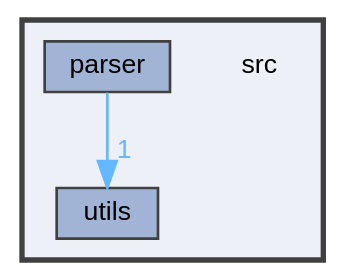
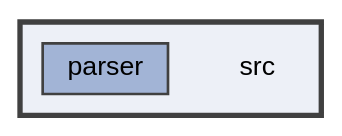
Before and after one commit to kejunp/kejunp.github.io: the diagram in pebbl/docs/dir_68267d1309a1af8e8297ef4c3efbcdba_dep.dot, drawn with Graphviz. The commit also changed 37 other files, not shown here.

```diff
--- a/pebbl/docs/dir_68267d1309a1af8e8297ef4c3efbcdba_dep.dot
+++ b/pebbl/docs/dir_68267d1309a1af8e8297ef4c3efbcdba_dep.dot
@@ -1,15 +1,13 @@
 digraph "src"
 {
  // LATEX_PDF_SIZE
   bgcolor="transparent";
   edge [fontname=Helvetica,fontsize=10,labelfontname=Helvetica,labelfontsize=10];
   node [fontname=Helvetica,fontsize=10,shape=box,height=0.2,width=0.4];
   compound=true
   subgraph clusterdir_68267d1309a1af8e8297ef4c3efbcdba {
     graph [ bgcolor="#edf0f7", pencolor="grey25", label="", fontname=Helvetica,fontsize=10 style="filled,bold", URL="dir_68267d1309a1af8e8297ef4c3efbcdba.html",tooltip=""]
     dir_68267d1309a1af8e8297ef4c3efbcdba [shape=plaintext, label="src"];
   dir_6cd8491d143eb218b70983dbdb3c58bc [label="parser", fillcolor="#a2b4d6", color="grey25", style="filled", URL="dir_6cd8491d143eb218b70983dbdb3c58bc.html",tooltip=""];
-  dir_313caf1132e152dd9b58bea13a4052ca [label="utils", fillcolor="#a2b4d6", color="grey25", style="filled", URL="dir_313caf1132e152dd9b58bea13a4052ca.html",tooltip=""];
   }
-  dir_6cd8491d143eb218b70983dbdb3c58bc->dir_313caf1132e152dd9b58bea13a4052ca [headlabel="1", labeldistance=1.5 headhref="dir_000002_000004.html" href="dir_000002_000004.html" color="steelblue1" fontcolor="steelblue1"];
 }
```
